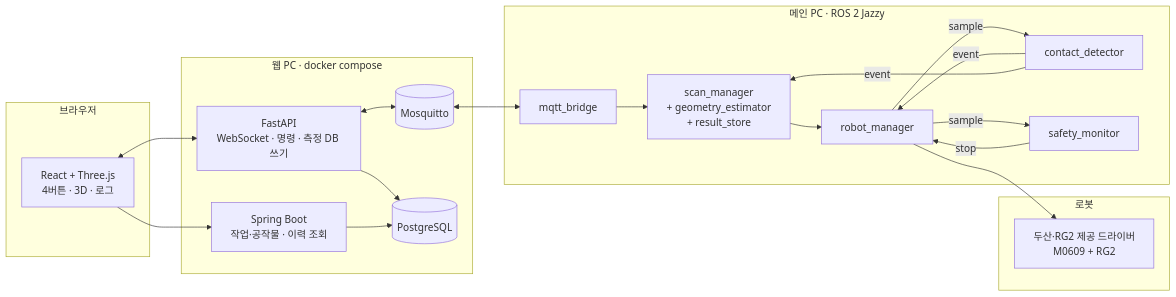
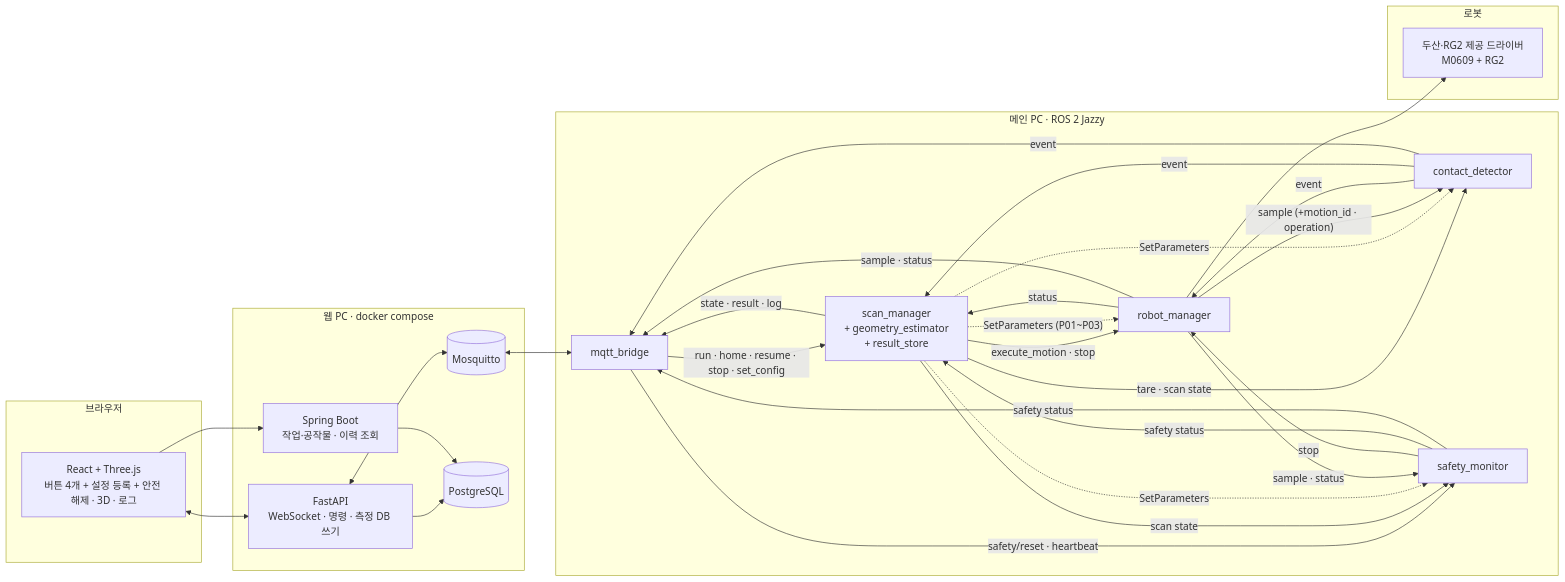
One commit to yujh5537/rokey_cobot1_Weld-Made changed the diagram in docs/architecture.md. Above: the diagram before and after it, drawn with Mermaid. The commit also changed other lines of this file and 11 other files, not shown here.

````diff
--- a/docs/architecture.md
+++ b/docs/architecture.md
@@ -6,36 +6,48 @@
 ```mermaid
 flowchart LR
   subgraph B[브라우저]
-    UI[React + Three.js<br/>4버튼 · 3D · 로그]
+    UI[React + Three.js<br/>버튼 4개 + 설정 등록 + 안전 해제 · 3D · 로그]
   end
   subgraph W[웹 PC · docker compose]
     FA[FastAPI<br/>WebSocket · 명령 · 측정 DB 쓰기]
     SB[Spring Boot<br/>작업·공작물 · 이력 조회]
     MQ[(Mosquitto)]
     PG[(PostgreSQL)]
   end
   subgraph M[메인 PC · ROS 2 Jazzy]
     BR[mqtt_bridge]
     SM[scan_manager<br/>+ geometry_estimator<br/>+ result_store]
     RM[robot_manager]
     CD[contact_detector]
     SF[safety_monitor]
   end
   subgraph R[로봇]
     DSR[두산·RG2 제공 드라이버<br/>M0609 + RG2]
   end
   UI <--> FA
   UI --> SB
   FA <--> MQ
   FA --> PG
   SB --> PG
   MQ <--> BR
-  BR --> SM
-  SM --> RM
+  BR -- "run · home · resume · stop · set_config" --> SM
+  SM -- "state · result · log" --> BR
+  BR -- "safety/reset · heartbeat" --> SF
+  SM -- "execute_motion · stop" --> RM
+  SM -- "tare · scan state" --> CD
+  SM -- "scan state" --> SF
+  SM -. "SetParameters (P01~P03)" .-> RM
+  SM -. "SetParameters" .-> CD
+  SM -. "SetParameters" .-> SF
   RM --> DSR
-  RM -- sample --> CD
-  RM -- sample --> SF
+  RM -- "sample (+motion_id · operation)" --> CD
+  RM -- "sample · status" --> SF
+  RM -- "status" --> SM
+  RM -- "sample · status" --> BR
   CD -- event --> RM
   CD -- event --> SM
+  CD -- event --> BR
   SF -- stop --> RM
+  SF -- "safety status" --> SM
+  SF -- "safety status" --> BR
 ```
````
